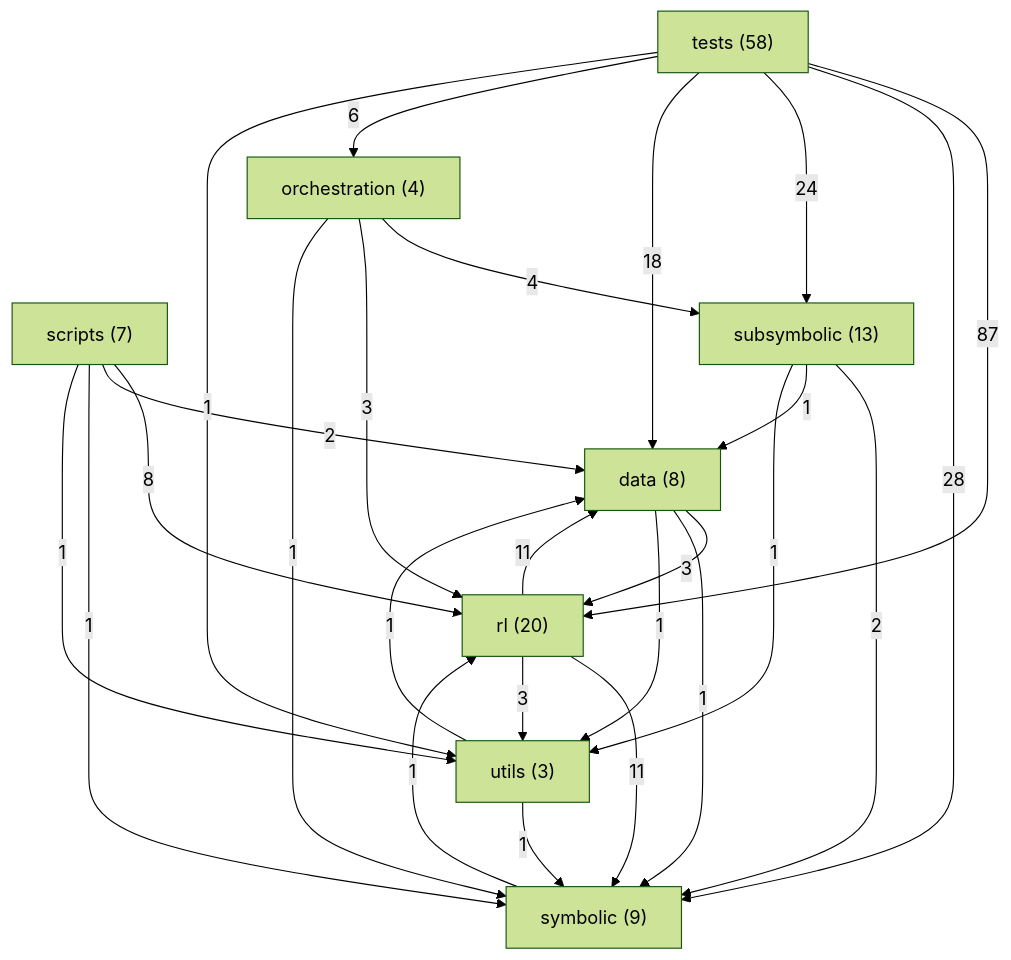
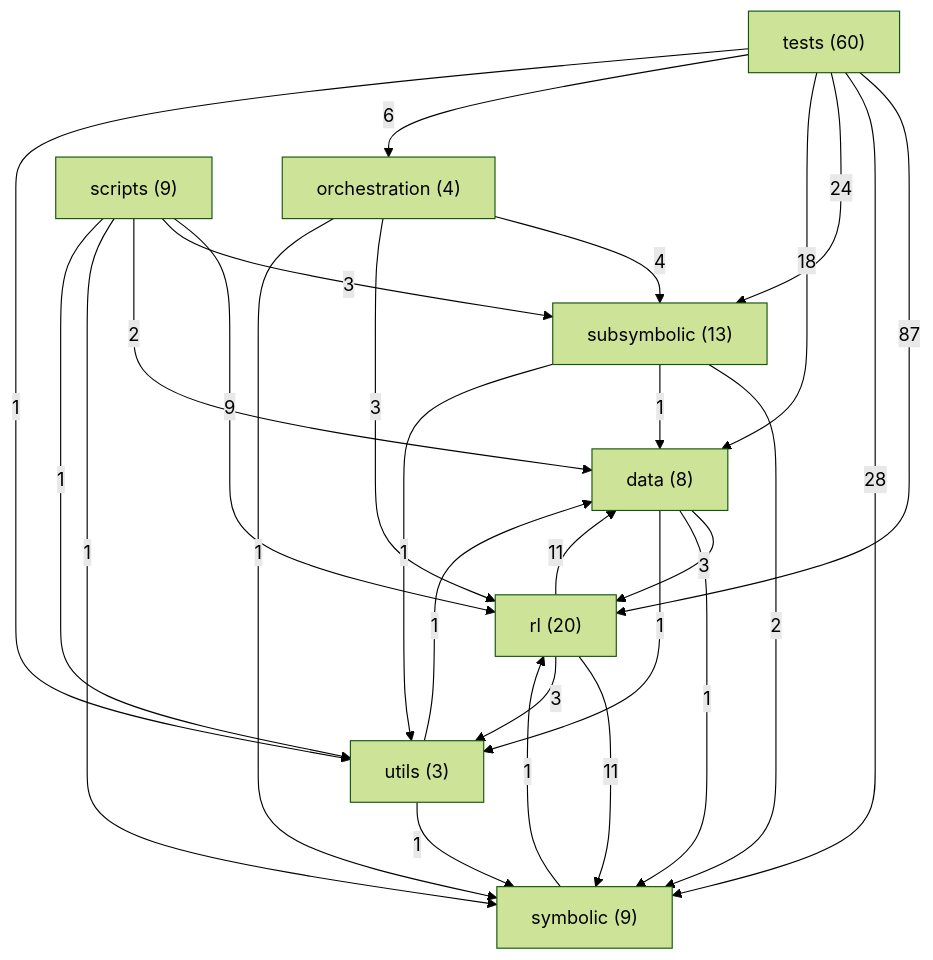
One commit to danrd/ARC-AGI changed the diagram in ARCHITECTURE.md. Above: the diagram before and after it, drawn with Mermaid (forest theme). The commit also changed other lines of this file and 5 other files, not shown here.

````diff
--- a/ARCHITECTURE.md
+++ b/ARCHITECTURE.md
@@ -159,36 +159,37 @@
 ```mermaid
 graph TD
   data["data (8)"]
   orchestration["orchestration (4)"]
   rl["rl (20)"]
-  scripts["scripts (7)"]
+  scripts["scripts (9)"]
   subsymbolic["subsymbolic (13)"]
   symbolic["symbolic (9)"]
-  tests["tests (58)"]
+  tests["tests (60)"]
   utils["utils (3)"]
   tests -->|87| rl
   tests -->|28| symbolic
   tests -->|24| subsymbolic
   tests -->|18| data
   rl -->|11| data
   rl -->|11| symbolic
-  scripts -->|8| rl
+  scripts -->|9| rl
   tests -->|6| orchestration
   orchestration -->|4| subsymbolic
   data -->|3| rl
   orchestration -->|3| rl
   rl -->|3| utils
+  scripts -->|3| subsymbolic
   scripts -->|2| data
   subsymbolic -->|2| symbolic
   data -->|1| symbolic
   data -->|1| utils
   orchestration -->|1| symbolic
   scripts -->|1| symbolic
   scripts -->|1| utils
   subsymbolic -->|1| data
   subsymbolic -->|1| utils
   symbolic -->|1| rl
   tests -->|1| utils
   utils -->|1| data
   utils -->|1| symbolic
 ```
````
